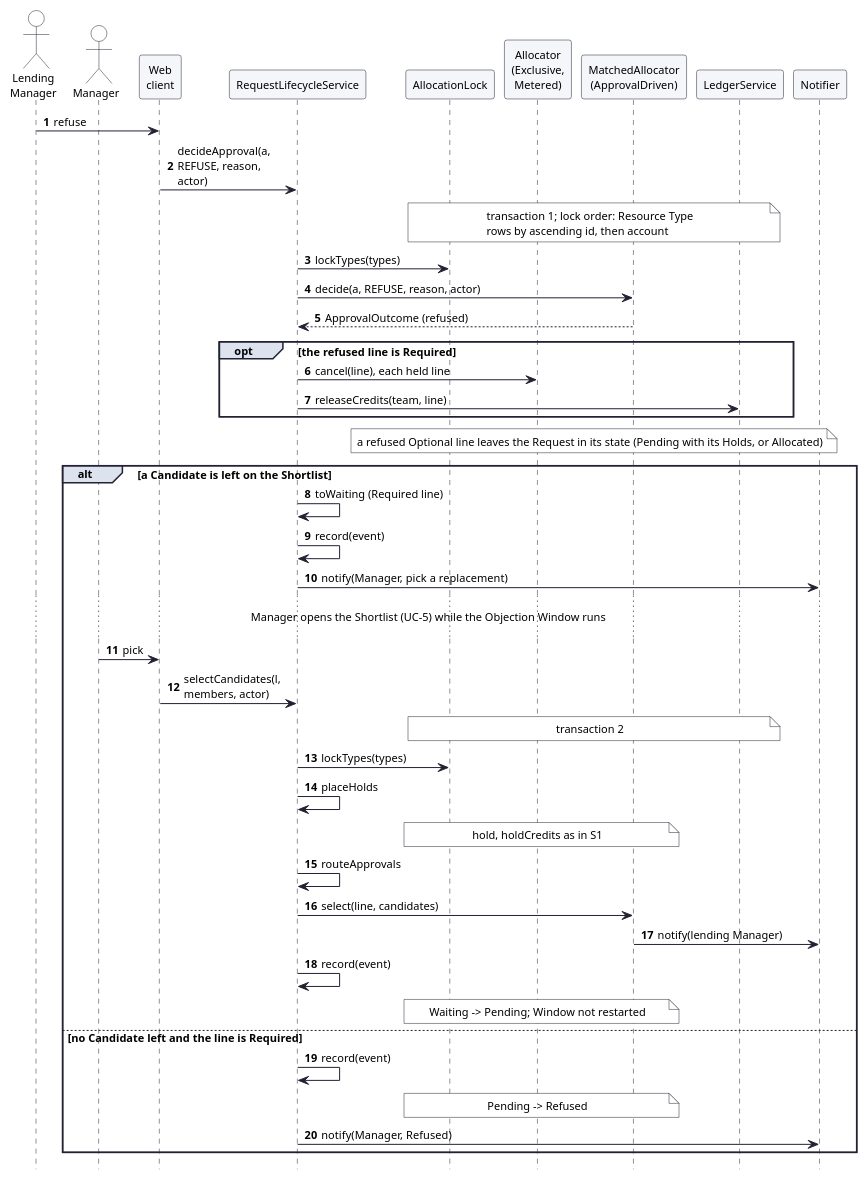
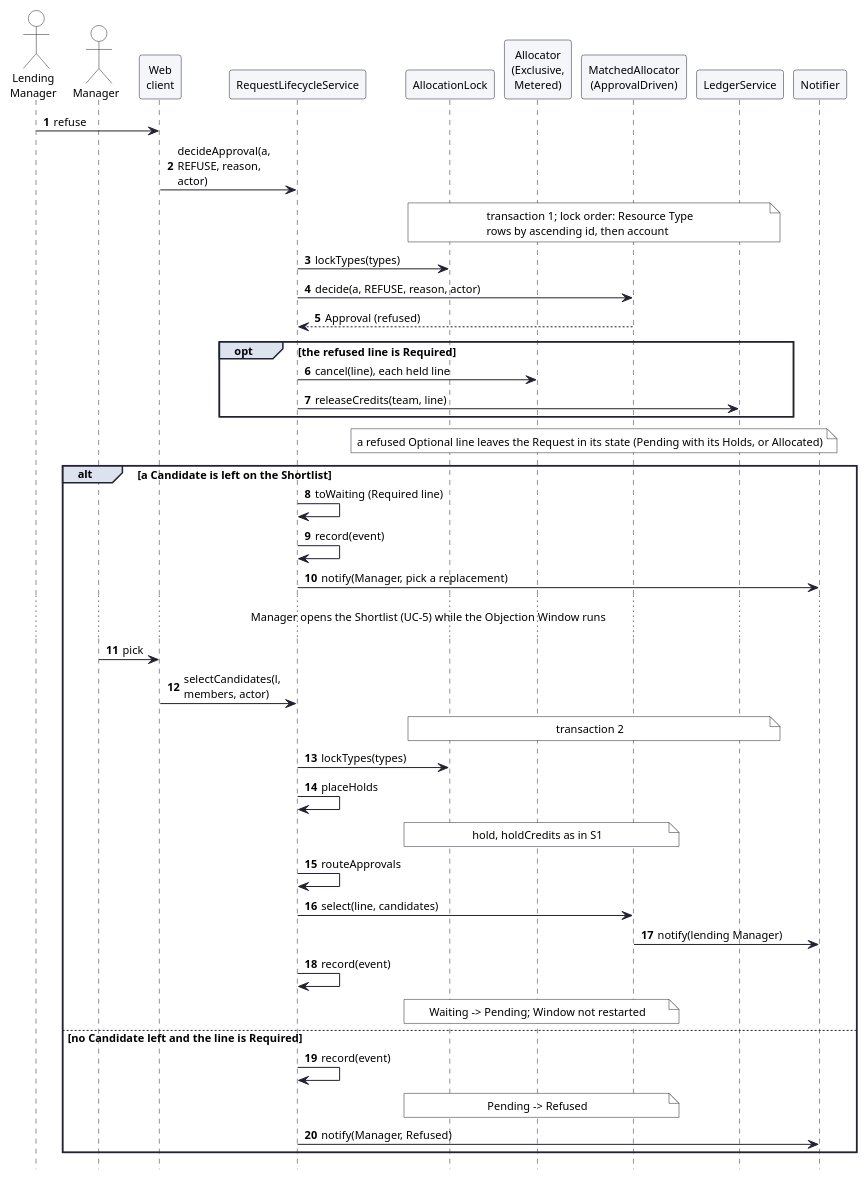
One commit to JaiNana123321/openbench changed the diagram in docs/design/figures/seq-s3-refusal.puml. Above: the diagram before and after it, drawn with PlantUML. The commit also changed 46 other files, not shown here.

```diff
--- a/docs/design/figures/seq-s3-refusal.puml
+++ b/docs/design/figures/seq-s3-refusal.puml
@@ -1,78 +1,78 @@
 @startuml seq-s3-refusal
 ' F13 Scenario S3: a lending Manager refuses; the requesting Manager picks a replacement
 ' (UC-6, UC-5). Two transactions; the Objection Window is not restarted.
 skinparam shadowing false
 skinparam defaultFontName Helvetica
 skinparam defaultFontSize 11
 skinparam ArrowColor #223
 skinparam sequenceMessageAlign left
 skinparam responseMessageBelowArrow true
 skinparam sequence {
   ParticipantBackgroundColor #F4F6FA
   ParticipantBorderColor #223
   ActorBackgroundColor White
   ActorBorderColor #223
   LifeLineBorderColor #223
   LifeLineBackgroundColor #DDE3EE
   GroupBorderColor #223
   GroupBackgroundColor #DDE3EE
   DividerBackgroundColor #F4F6FA
   DividerBorderColor #223
 }
 skinparam database {
   BackgroundColor #F4F6FA
   BorderColor #223
 }
 skinparam note {
   BackgroundColor White
   BorderColor #223
 }
 hide footbox
 autonumber
 
 actor "Lending\nManager" as LM
 actor Manager
 participant "Web\nclient" as Web
 participant RequestLifecycleService as RLS
 participant AllocationLock as Lock
 participant "Allocator\n(Exclusive,\nMetered)" as Alloc
 participant "MatchedAllocator\n(ApprovalDriven)" as MA
 participant LedgerService as Ledger
 participant Notifier
 
 LM -> Web : refuse
 Web -> RLS : decideApproval(a,\nREFUSE, reason,\nactor)
 note over Lock, Ledger
   transaction 1; lock order: Resource Type
   rows by ascending id, then account
 end note
 RLS -> Lock : lockTypes(types)
 RLS -> MA : decide(a, REFUSE, reason, actor)
-MA --> RLS : ApprovalOutcome (refused)
+MA --> RLS : Approval (refused)
 opt the refused line is Required
   RLS -> Alloc : cancel(line), each held line
   RLS -> Ledger : releaseCredits(team, line)
 end
 note over Lock, Ledger : a refused Optional line leaves the Request in its state (Pending with its Holds, or Allocated)
 alt a Candidate is left on the Shortlist
   RLS -> RLS : toWaiting (Required line)
   RLS -> RLS : record(event)
   RLS -> Notifier : notify(Manager, pick a replacement)
   ... Manager opens the Shortlist (UC-5) while the Objection Window runs ...
   Manager -> Web : pick
   Web -> RLS : selectCandidates(l,\nmembers, actor)
   note over Lock, Ledger : transaction 2
   RLS -> Lock : lockTypes(types)
   RLS -> RLS : placeHolds
   note over Lock, MA : hold, holdCredits as in S1
   RLS -> RLS : routeApprovals
   RLS -> MA : select(line, candidates)
   MA -> Notifier : notify(lending Manager)
   RLS -> RLS : record(event)
   note over Lock, MA : Waiting -> Pending; Window not restarted
 else no Candidate left and the line is Required
   RLS -> RLS : record(event)
   note over Lock, MA : Pending -> Refused
   RLS -> Notifier : notify(Manager, Refused)
 end
 @enduml
```
